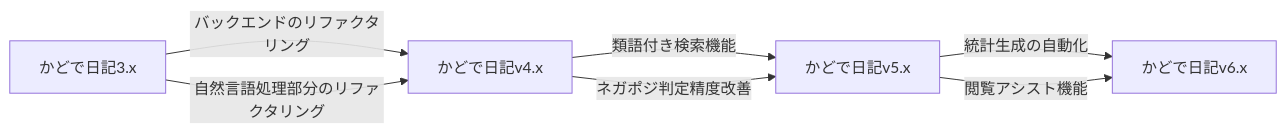
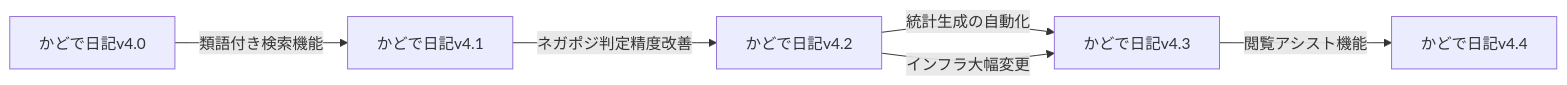
Before and after one commit to KadodeProject/kadode_nikki3: the fourth of 4 diagrams in README.md, drawn with Mermaid. The commit also changed other lines of this file, not shown here.

````diff
--- a/README.md
+++ b/README.md
@@ -59,9 +102,9 @@
 ```mermaid
 flowchart LR
-    A[かどで日記3.x]-->|バックエンドのリファクタリング|B[かどで日記v4.x]
-    A-->|自然言語処理部分のリファクタリング|B
-    B-->|類語付き検索機能|C[かどで日記v5.x]
-    B-->|ネガポジ判定精度改善|C
-    C-->|統計生成の自動化|D[かどで日記v6.x]
-    C-->|閲覧アシスト機能|D
+    B[かどで日記v4.0]
+    B-->|類語付き検索機能|C[かどで日記v4.1]
+    C-->|ネガポジ判定精度改善|D[かどで日記v4.2]
+    D-->|統計生成の自動化|E[かどで日記v4.3]
+    D-->|インフラ大幅変更|E
+    E-->|閲覧アシスト機能|F[かどで日記v4.4]
 ```
````
